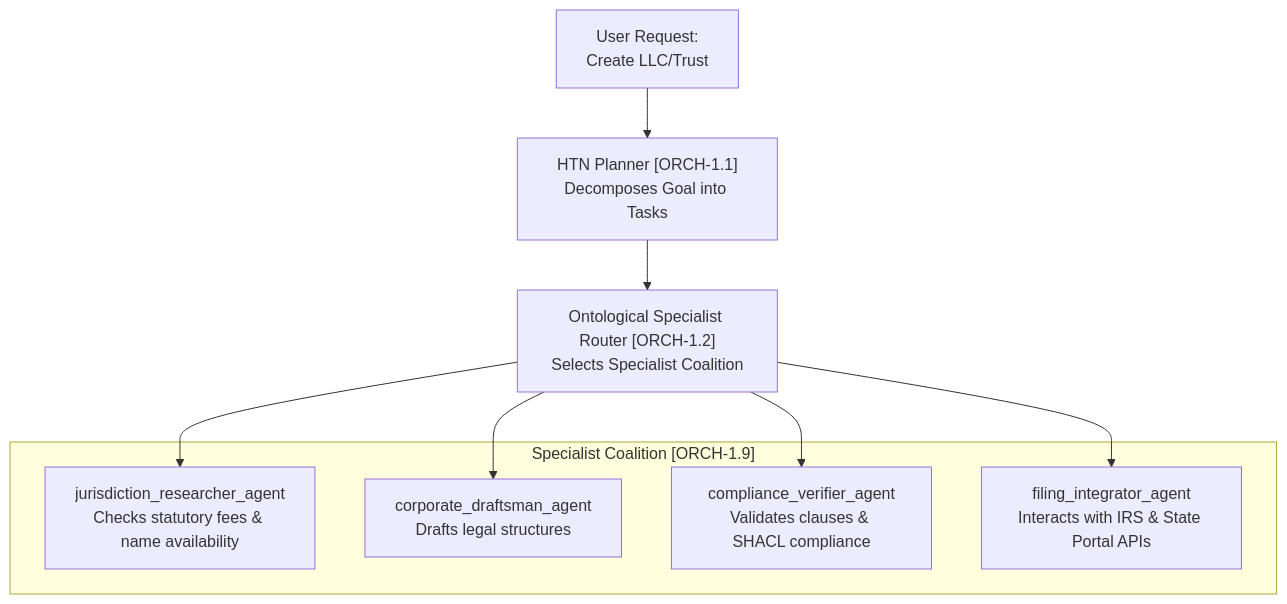
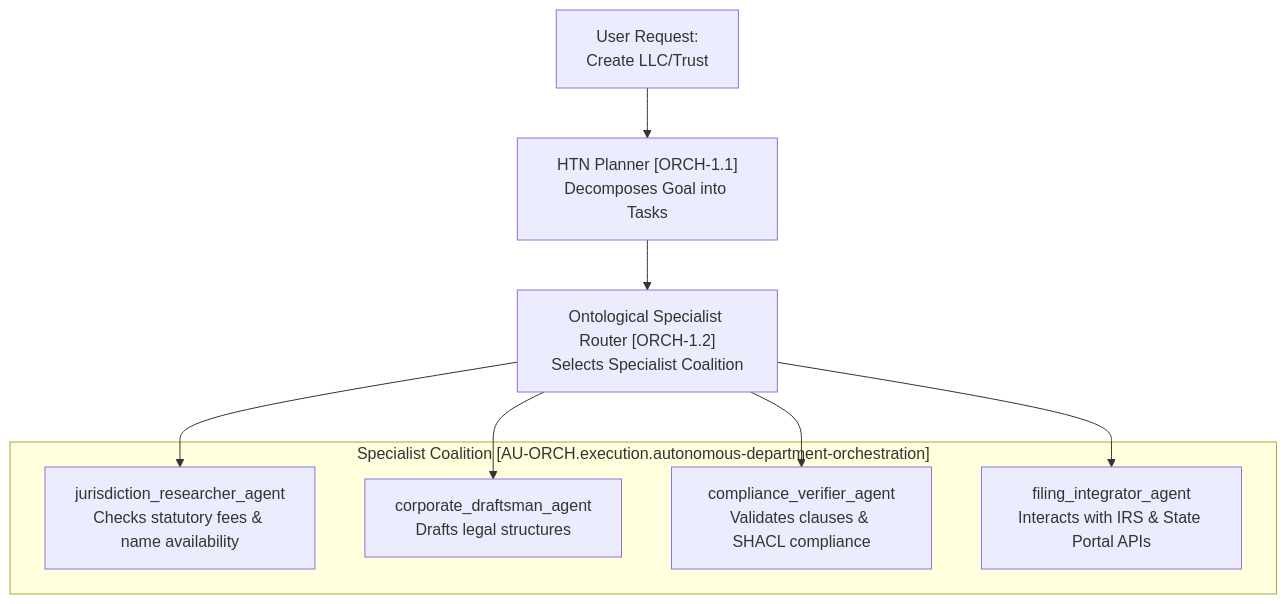
One commit to Knuckles-Team/agent-utilities changed the fourth of 8 diagrams in docs/legal_automation_roadmap.md. Above: the diagram before and after it, drawn with Mermaid. The commit also changed other lines of this file and 2324 other files, not shown here.

````diff
--- a/docs/legal_automation_roadmap.md
+++ b/docs/legal_automation_roadmap.md
@@ -229,17 +229,17 @@
 ```mermaid
 graph TD
     Start["User Request:<br/>Create LLC/Trust"] --> HTN["HTN Planner [ORCH-1.1]<br/>Decomposes Goal into Tasks"]
     HTN --> Route["Ontological Specialist Router [ORCH-1.2]<br/>Selects Specialist Coalition"]
 
-    subgraph Coalition ["Specialist Coalition [ORCH-1.9]"]
+    subgraph Coalition ["Specialist Coalition [AU-ORCH.execution.autonomous-department-orchestration]"]
         Research["jurisdiction_researcher_agent<br/>Checks statutory fees & name availability"]
         Draftsman["corporate_draftsman_agent<br/>Drafts legal structures"]
         Validator["compliance_verifier_agent<br/>Validates clauses & SHACL compliance"]
         Integrator["filing_integrator_agent<br/>Interacts with IRS & State Portal APIs"]
     end
 
     Route --> Research
     Route --> Draftsman
     Route --> Validator
     Route --> Integrator
 ```
````
